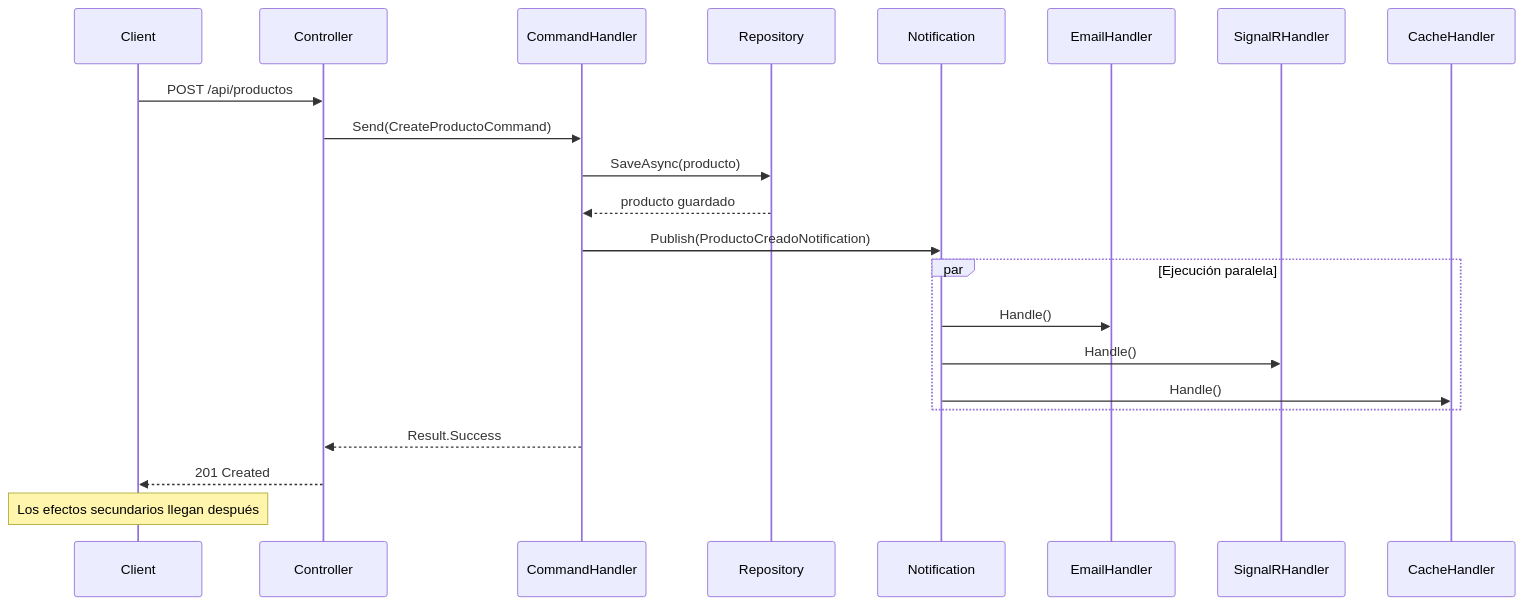
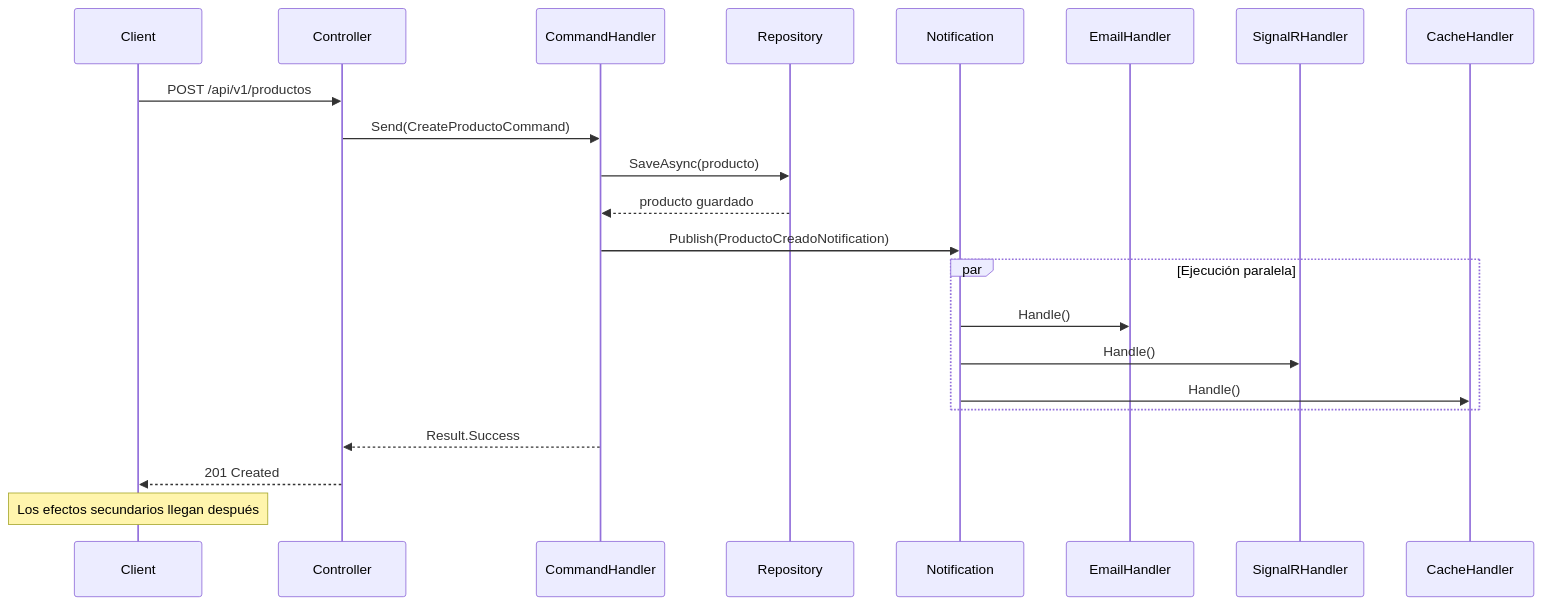
Diagram 19 of 19 in doc/14-mediatr-cqrs-eventos.md (joseluisgs/TiendaDawApi-Cqrs-MediatR-NetCore), drawn with Mermaid before and after one commit. The commit also changed other lines of this file and 226 other files, not shown here.

````diff
--- a/doc/14-mediatr-cqrs-eventos.md
+++ b/doc/14-mediatr-cqrs-eventos.md
@@ -1327,30 +1327,30 @@
 ```mermaid
 sequenceDiagram
     participant Client
     participant Controller
     participant CommandHandler
     participant Repository
     participant Notification
     participant EmailHandler
     participant SignalRHandler
     participant CacheHandler
     
-    Client->>Controller: POST /api/productos
+    Client->>Controller: POST /api/v1/productos
     Controller->>CommandHandler: Send(CreateProductoCommand)
     
     CommandHandler->>Repository: SaveAsync(producto)
     Repository-->>CommandHandler: producto guardado
     
     CommandHandler->>Notification: Publish(ProductoCreadoNotification)
     
     par Ejecución paralela
         Notification->>EmailHandler: Handle()
         Notification->>SignalRHandler: Handle()
         Notification->>CacheHandler: Handle()
     end
     
     CommandHandler-->>Controller: Result.Success
     Controller-->>Client: 201 Created
     
     Note over Client: Los efectos secundarios llegan después
 ```
````
